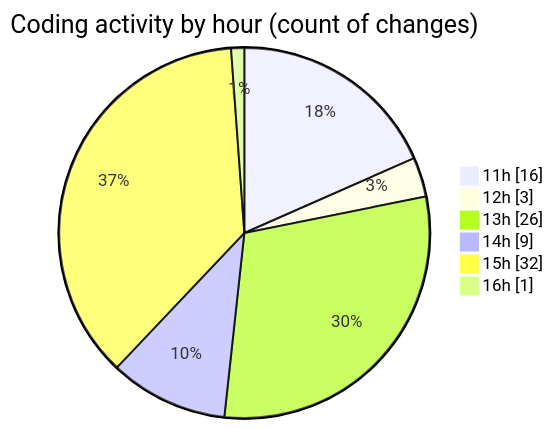
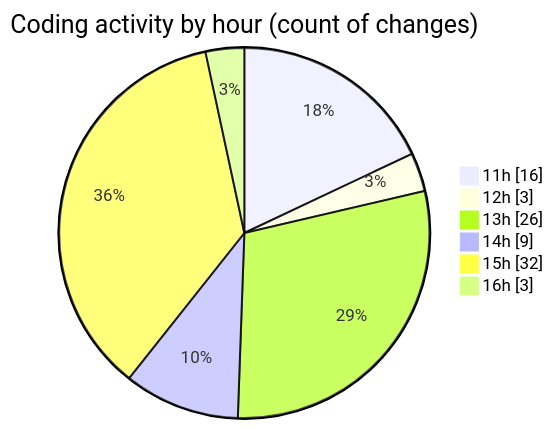
Before and after one commit to nxtqubesakshisongat/code-tracking: the second of 2 diagrams in 2026-03-31/nxtqube_webapp/README.md, drawn with Mermaid. The commit also changed other lines of this file and 1 other file, not shown here.

````diff
--- a/2026-03-31/nxtqube_webapp/README.md
+++ b/2026-03-31/nxtqube_webapp/README.md
@@ -32,10 +32,10 @@
 ```mermaid
 pie showData
 title Coding activity by hour (count of changes)
 "11h" : 16
 "12h" : 3
 "13h" : 26
 "14h" : 9
 "15h" : 32
-"16h" : 1
+"16h" : 3
 ```
````
